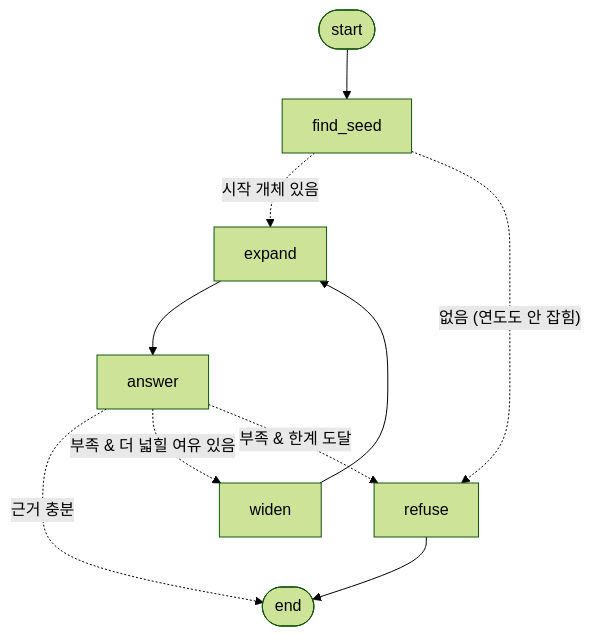
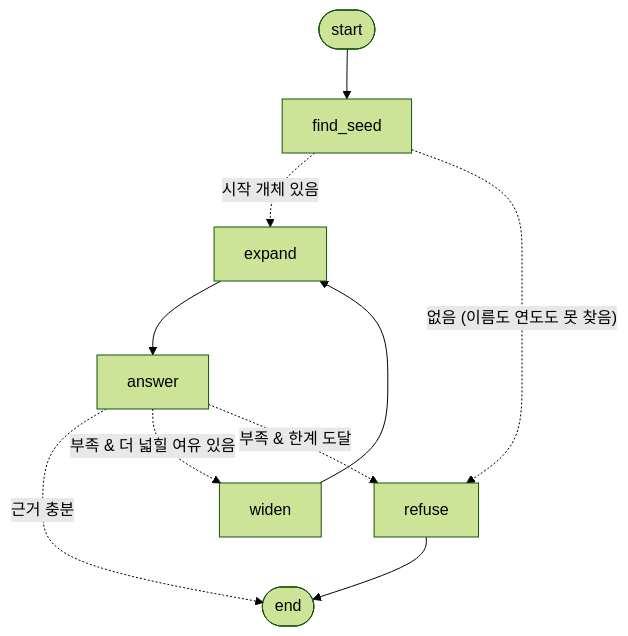
Before and after one commit to hey-byeunya/my-graph-agent: the second of 2 diagrams in REPORT.md, drawn with Mermaid (forest theme). The commit also changed other lines of this file and 1 other file, not shown here.

````diff
--- a/REPORT.md
+++ b/REPORT.md
@@ -365,12 +371,12 @@
 ```mermaid
 graph TD;
 	__start__([start]) --> find_seed
 	find_seed -. "시작 개체 있음" .-> expand
-	find_seed -. "없음 (연도도 안 잡힘)" .-> refuse
+	find_seed -. "없음 (이름도 연도도 못 찾음)" .-> refuse
 	expand --> answer
 	answer -. "근거 충분" .-> __end__([end])
 	answer -. "부족 & 더 넓힐 여유 있음" .-> widen
 	answer -. "부족 & 한계 도달" .-> refuse
 	widen --> expand
 	refuse --> __end__
 ```
````
